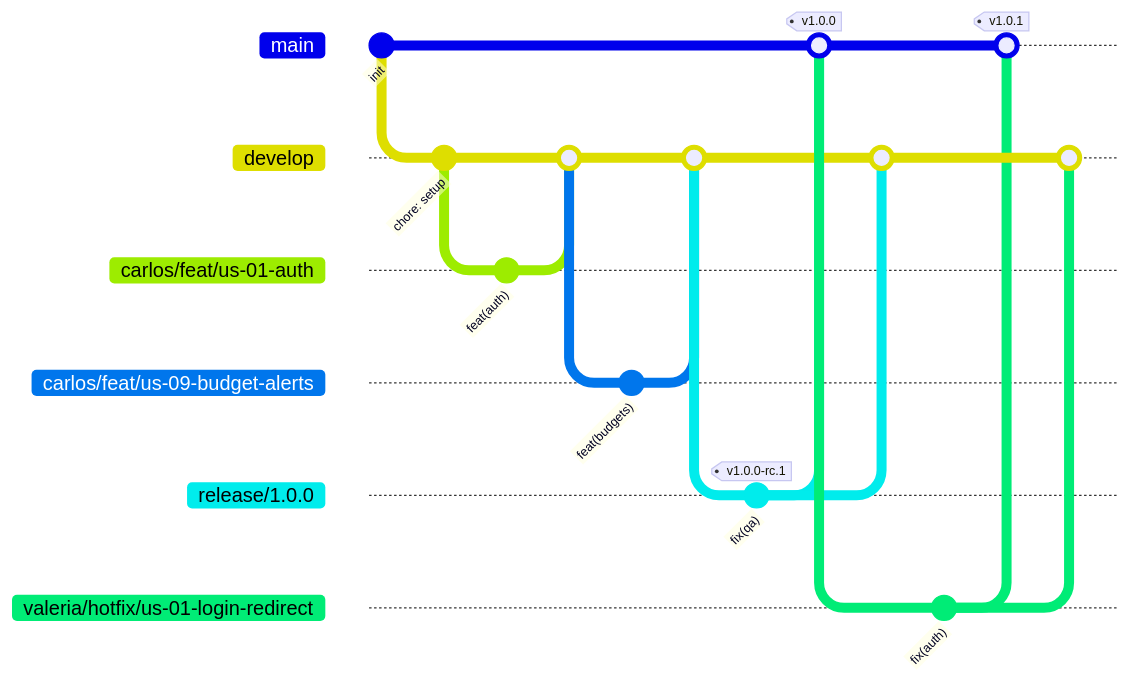
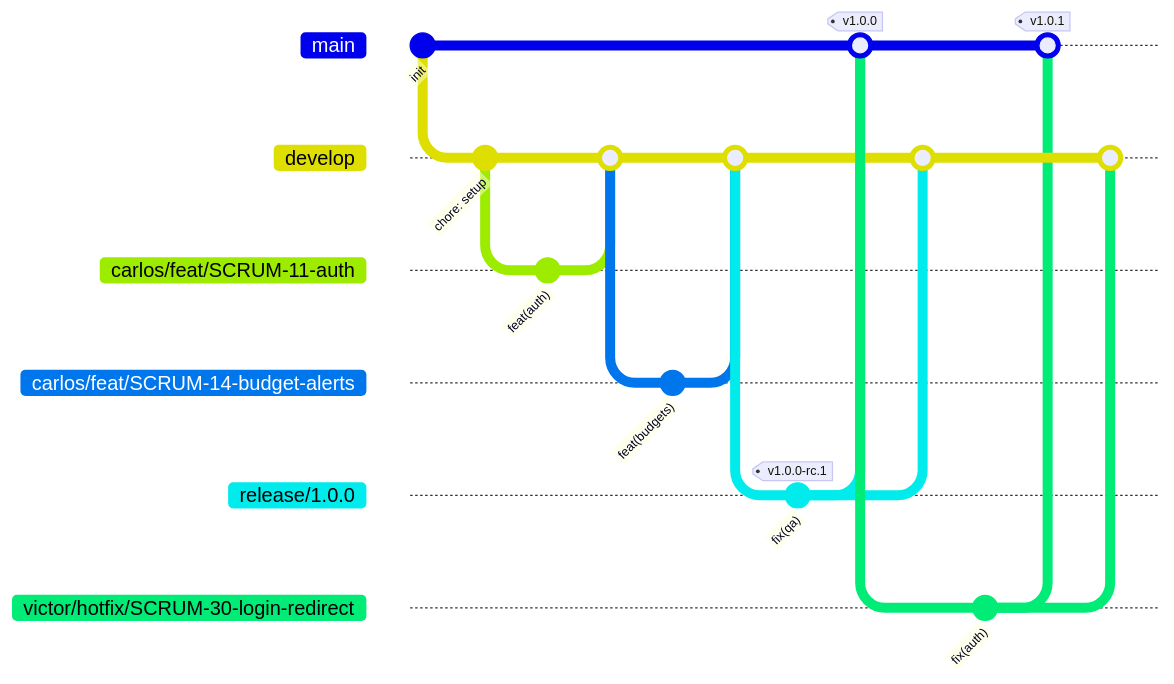
The diagram in CONTRIBUTING.md (RaulHMV/mincome-start), drawn with Mermaid before and after one commit. The commit also changed other lines of this file, not shown here.

````diff
--- a/CONTRIBUTING.md
+++ b/CONTRIBUTING.md
@@ -241,32 +242,32 @@
 ```mermaid
 gitGraph
     commit id: "init"
     branch develop
     checkout develop
     commit id: "chore: setup"
-    branch carlos/feat/us-01-auth
-    checkout carlos/feat/us-01-auth
+    branch carlos/feat/SCRUM-11-auth
+    checkout carlos/feat/SCRUM-11-auth
     commit id: "feat(auth)"
     checkout develop
-    merge carlos/feat/us-01-auth
-    branch carlos/feat/us-09-budget-alerts
-    checkout carlos/feat/us-09-budget-alerts
+    merge carlos/feat/SCRUM-11-auth
+    branch carlos/feat/SCRUM-14-budget-alerts
+    checkout carlos/feat/SCRUM-14-budget-alerts
     commit id: "feat(budgets)"
     checkout develop
-    merge carlos/feat/us-09-budget-alerts
+    merge carlos/feat/SCRUM-14-budget-alerts
     branch release/1.0.0
     checkout release/1.0.0
     commit id: "fix(qa)" tag: "v1.0.0-rc.1"
     checkout main
     merge release/1.0.0 tag: "v1.0.0"
     checkout develop
     merge release/1.0.0
     checkout main
-    branch valeria/hotfix/us-01-login-redirect
-    checkout valeria/hotfix/us-01-login-redirect
+    branch victor/hotfix/SCRUM-30-login-redirect
+    checkout victor/hotfix/SCRUM-30-login-redirect
     commit id: "fix(auth)"
     checkout main
-    merge valeria/hotfix/us-01-login-redirect tag: "v1.0.1"
+    merge victor/hotfix/SCRUM-30-login-redirect tag: "v1.0.1"
     checkout develop
-    merge valeria/hotfix/us-01-login-redirect
+    merge victor/hotfix/SCRUM-30-login-redirect
 ```
````
